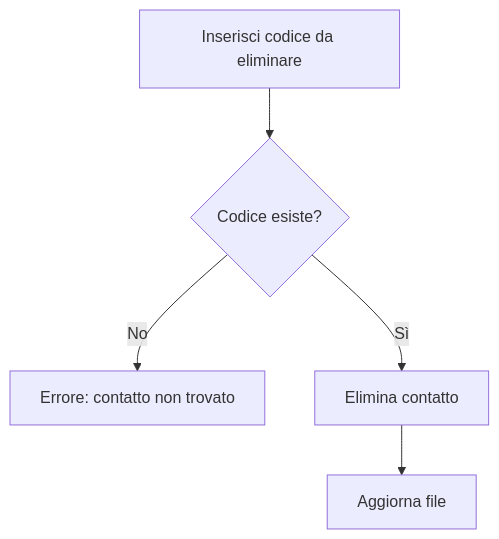
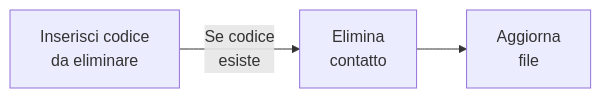
Before and after one commit to FabriceGhislain7/rubrica_telefonica: the fifth of 8 diagrams in README.md, drawn with Mermaid. The commit also changed other lines of this file and 2 other files, not shown here.

Commit message:
Aggiornamento della parte cerca contatto del file md.

````diff
--- a/README.md
+++ b/README.md
@@ -156,7 +156,9 @@
 ```mermaid
-flowchart TD
-    A[Inserisci codice da eliminare] --> B{Codice esiste?}
-    B -- No --> C[Errore: contatto non trovato]
-    B -- Sì --> D[Elimina contatto]
-    D --> E[Aggiorna file]
+flowchart LR
+    A[Inserisci codice 
+    da eliminare] --Se codice 
+    esiste --> D[Elimina 
+    contatto]
+    D --> E[Aggiorna 
+    file]
 ```
````
